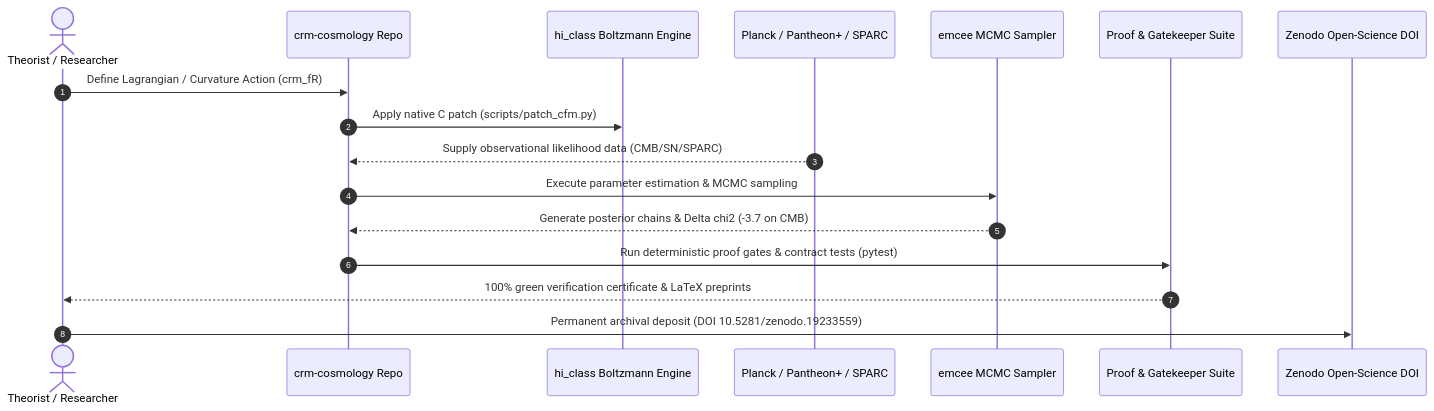
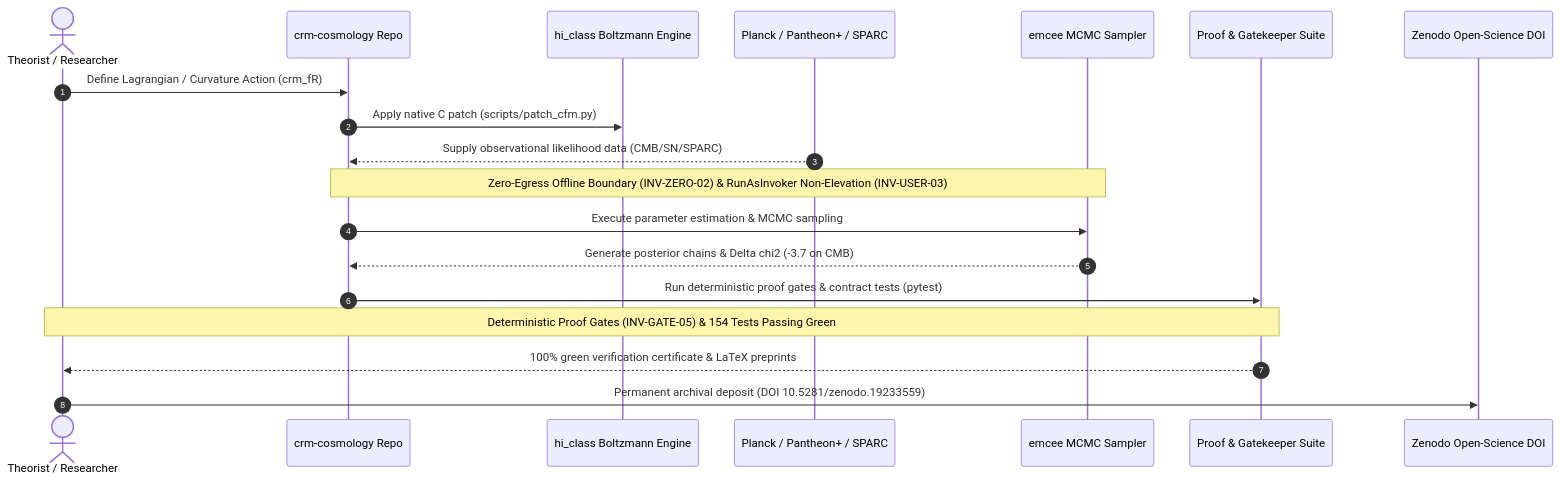
One commit to research-line/crm-cosmology changed the second of 2 diagrams in README.md. Above: the diagram before and after it, drawn with Mermaid. The commit also changed other lines of this file and 8 other files, not shown here.

Commit message:
docs(marketing): Pfad B discoverability, interactive sequence & flowchart enhancement & verification recency [G 2026-10-30]

````diff
--- a/README.md
+++ b/README.md
@@ -244,20 +250,22 @@
 ```mermaid
 sequenceDiagram
     autonumber
     actor Theorist as Theorist / Researcher
     participant Repo as crm-cosmology Repo
     participant Solver as hi_class Boltzmann Engine
     participant Data as Planck / Pantheon+ / SPARC
     participant Sampler as emcee MCMC Sampler
     participant Gates as Proof & Gatekeeper Suite
     participant Zenodo as Zenodo Open-Science DOI
 
     Theorist->>Repo: Define Lagrangian / Curvature Action (crm_fR)
     Repo->>Solver: Apply native C patch (scripts/patch_cfm.py)
     Data-->>Repo: Supply observational likelihood data (CMB/SN/SPARC)
+    Note over Repo,Sampler: Zero-Egress Offline Boundary (INV-ZERO-02) & RunAsInvoker Non-Elevation (INV-USER-03)
     Repo->>Sampler: Execute parameter estimation & MCMC sampling
     Sampler-->>Repo: Generate posterior chains & Delta chi2 (-3.7 on CMB)
     Repo->>Gates: Run deterministic proof gates & contract tests (pytest)
+    Note over Gates,Theorist: Deterministic Proof Gates (INV-GATE-05) & 154 Tests Passing Green
     Gates-->>Theorist: 100% green verification certificate & LaTeX preprints
     Theorist->>Zenodo: Permanent archival deposit (DOI 10.5281/zenodo.19233559)
 ```
````
